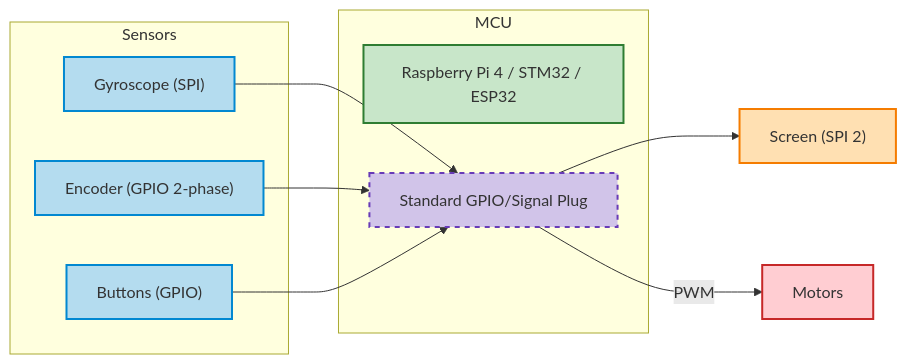
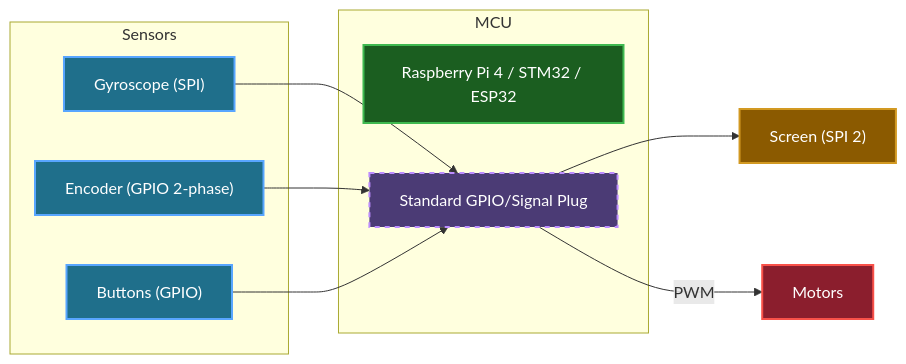
The first of 4 diagrams in README.md (arkadiuszkr/robmob_stm32l4), drawn with Mermaid before and after one commit. The commit also changed other lines of this file, not shown here.

Commit message:
Changed Mermaid

````diff
--- a/README.md
+++ b/README.md
@@ -6,36 +6,36 @@
 ```mermaid
 graph LR  
 
 subgraph "MCU"
     PI["Raspberry Pi 4 / STM32 / ESP32"]
     CONNECTOR["Standard GPIO/Signal Plug"]
 end
 
 subgraph "Sensors"
     GYRO["Gyroscope (SPI)"]
     ENCODER["Encoder (GPIO 2-phase)"]
     BUTTONS["Buttons (GPIO)"]
 end
 
 GYRO --> CONNECTOR 
 ENCODER --> CONNECTOR 
 BUTTONS --> CONNECTOR 
 
 SCREEN["Screen (SPI 2)"]
 MOTORS["Motors"]
 
 CONNECTOR --> SCREEN
 CONNECTOR -->|PWM| MOTORS
 
-classDef sensors fill:#b4dcef,stroke:#0288d1,stroke-width:2px;
-classDef pi fill:#c8e6c9,stroke:#2e7d32,stroke-width:2px;
-classDef outputs fill:#ffe0b2,stroke:#f57c00,stroke-width:2px;
-classDef actuators fill:#ffcdd2,stroke:#c62828,stroke-width:2px;
-classDef connector fill:#d1c4e9,stroke:#673ab7,stroke-width:2px,stroke-dasharray:5 5;
+classDef sensors fill:#1f6f8b,stroke:#58a6ff,stroke-width:2px,color:#ffffff;
+classDef pi fill:#1b5e20,stroke:#3fb950,stroke-width:2px,color:#ffffff;
+classDef outputs fill:#8b5a00,stroke:#d29922,stroke-width:2px,color:#ffffff;
+classDef actuators fill:#8b1e2d,stroke:#f85149,stroke-width:2px,color:#ffffff;
+classDef connector fill:#4b3b75,stroke:#bc8cff,stroke-width:2px,color:#ffffff,stroke-dasharray:5 5;
 
 class PI pi;
 class GYRO,ENCODER,BUTTONS sensors;
 class SCREEN outputs;
 class MOTORS actuators;
 class CONNECTOR connector;
 ```
````
